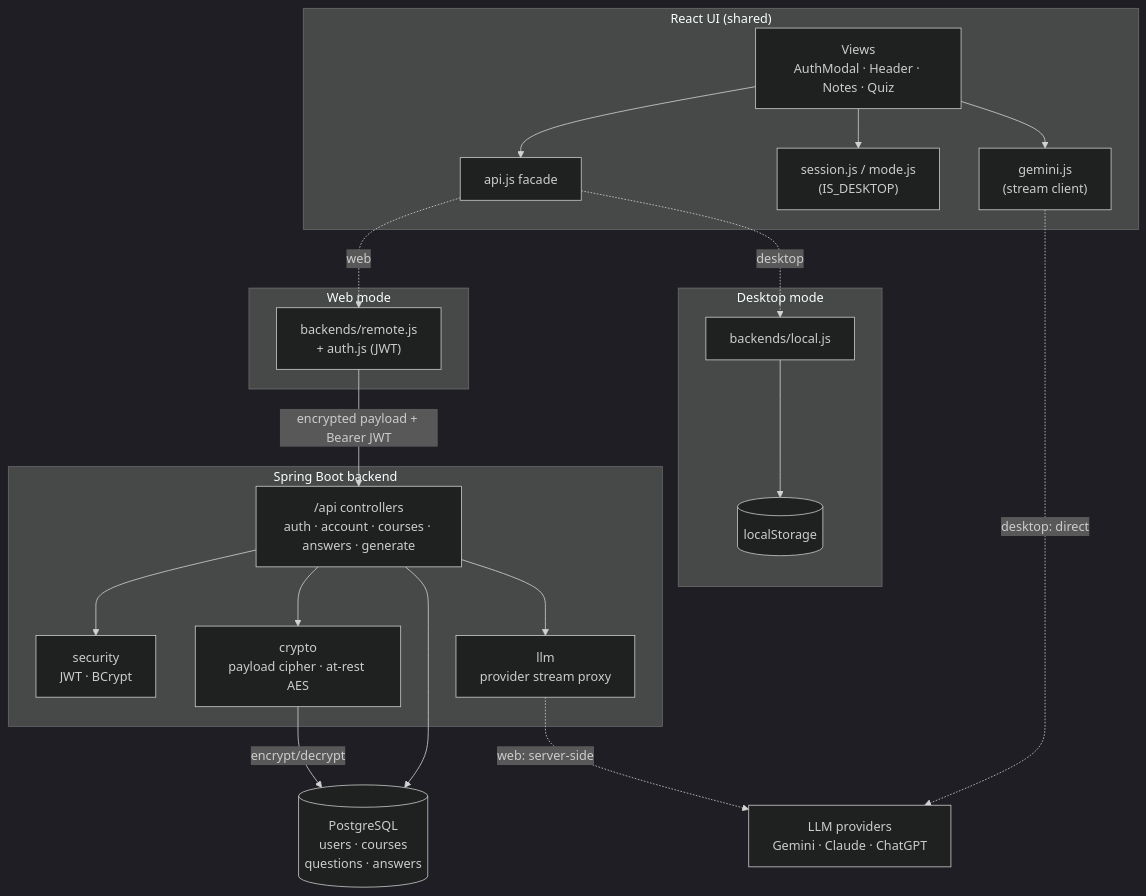
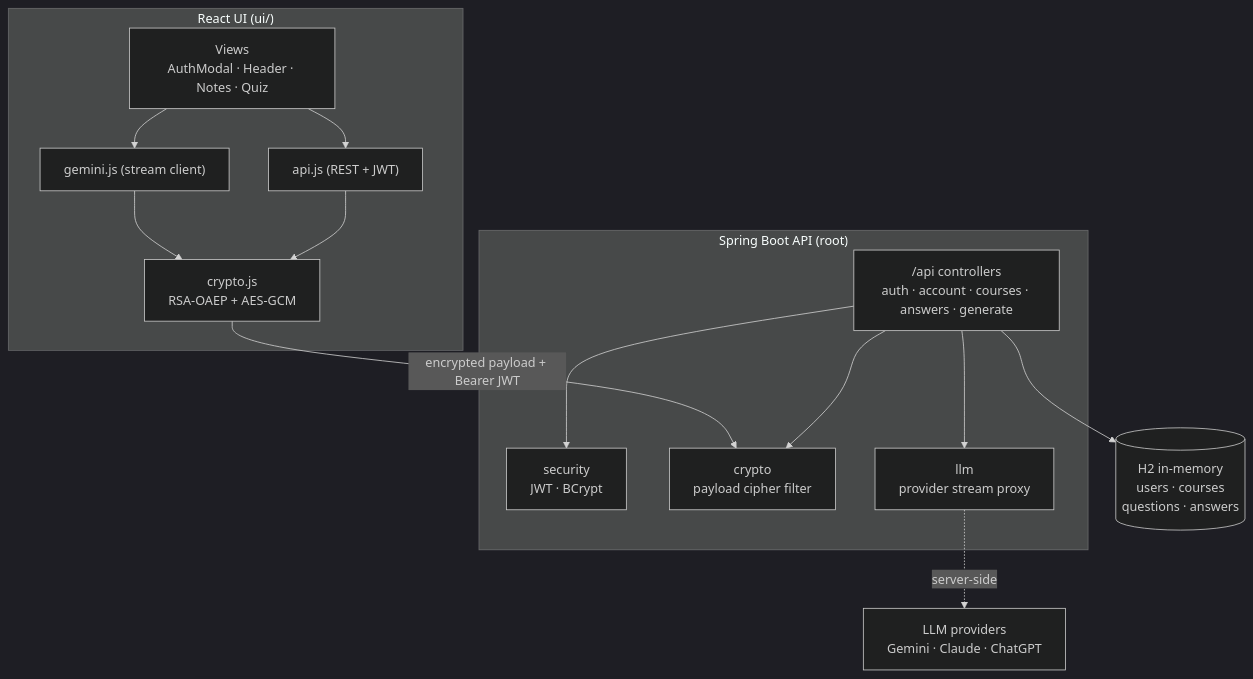
One commit to rishabh750/quiz changed the first of 5 diagrams in docs/ARCHITECTURE.md. Above: the diagram before and after it, drawn with Mermaid (dark theme). The commit also changed other lines of this file and 95 other files, not shown here.

````diff
--- a/docs/ARCHITECTURE.md
+++ b/docs/ARCHITECTURE.md
@@ -15,43 +8,28 @@
 ```mermaid
 graph TB
-  subgraph UI["React UI (shared)"]
+  subgraph UI["React UI (ui/)"]
     V["Views<br/>AuthModal · Header · Notes · Quiz"]
-    FAC["api.js facade"]
-    SES["session.js / mode.js<br/>(IS_DESKTOP)"]
-    LLM["gemini.js<br/>(stream client)"]
-    V --> FAC
-    V --> SES
-    V --> LLM
+    API["api.js (REST + JWT)"]
+    CR["crypto.js<br/>RSA-OAEP + AES-GCM"]
+    LLM["gemini.js (stream client)"]
+    V --> API --> CR
+    V --> LLM --> CR
   end
 
-  subgraph Desktop["Desktop mode"]
-    LOC["backends/local.js"]
-    LS[("localStorage")]
-    LOC --> LS
+  subgraph Backend["Spring Boot API (root)"]
+    CTL["/api controllers<br/>auth · account · courses · answers · generate"]
+    SEC["security<br/>JWT · BCrypt"]
+    CIP["crypto<br/>payload cipher filter"]
+    PROXY["llm<br/>provider stream proxy"]
+    CTL --> SEC
+    CTL --> CIP
+    CTL --> PROXY
   end
 
-  subgraph Web["Web mode"]
-    REM["backends/remote.js<br/>+ auth.js (JWT)"]
-  end
-
-  subgraph Backend["Spring Boot backend"]
-    API["/api controllers<br/>auth · account · courses · answers · generate"]
-    SEC["security<br/>JWT · BCrypt"]
-    CRY["crypto<br/>payload cipher · at-rest AES"]
-    PROXY["llm<br/>provider stream proxy"]
-    API --> SEC
-    API --> CRY
-    API --> PROXY
-  end
-
-  DB[("PostgreSQL<br/>users · courses<br/>questions · answers")]
+  DB[("H2 in-memory<br/>users · courses<br/>questions · answers")]
   PROV["LLM providers<br/>Gemini · Claude · ChatGPT"]
 
-  FAC -.desktop.-> LOC
-  FAC -.web.-> REM
-  REM -->|encrypted payload + Bearer JWT| API
-  API --> DB
-  CRY -->|encrypt/decrypt| DB
-  LLM -.desktop: direct.-> PROV
-  PROXY -.web: server-side.-> PROV
+  CR -->|encrypted payload + Bearer JWT| CIP
+  CTL --> DB
+  PROXY -.server-side.-> PROV
 ```
````
